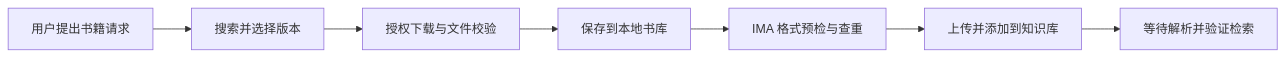
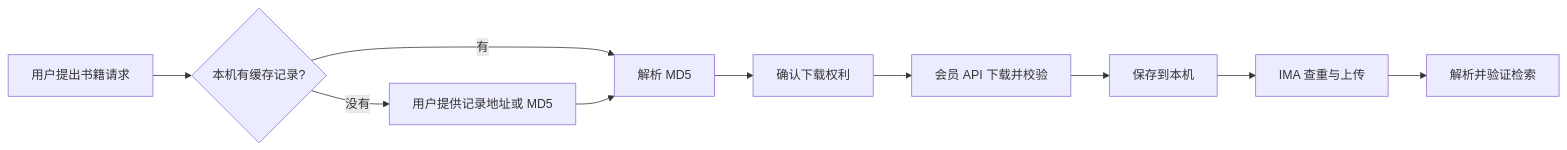
Before and after one commit to starryChenstudent/bookbridge-workbuddy-ima: the diagram in README.zh-CN.md, drawn with Mermaid. The commit also changed other lines of this file and 8 other files, not shown here.

````diff
--- a/README.zh-CN.md
+++ b/README.zh-CN.md
@@ -36,9 +36,12 @@
 ```mermaid
 flowchart LR
-    A[用户提出书籍请求] --> B[搜索并选择版本]
-    B --> C[授权下载与文件校验]
-    C --> D[保存到本地书库]
-    D --> E[IMA 格式预检与查重]
-    E --> F[上传并添加到知识库]
-    F --> G[等待解析并验证检索]
+    A[用户提出书籍请求] --> B{本机有缓存记录?}
+    B -->|有| D[解析 MD5]
+    B -->|没有| C[用户提供记录地址或 MD5]
+    C --> D
+    D --> E[确认下载权利]
+    E --> F[会员 API 下载并校验]
+    F --> G[保存到本机]
+    G --> H[IMA 查重与上传]
+    H --> I[解析并验证检索]
 ```
````
